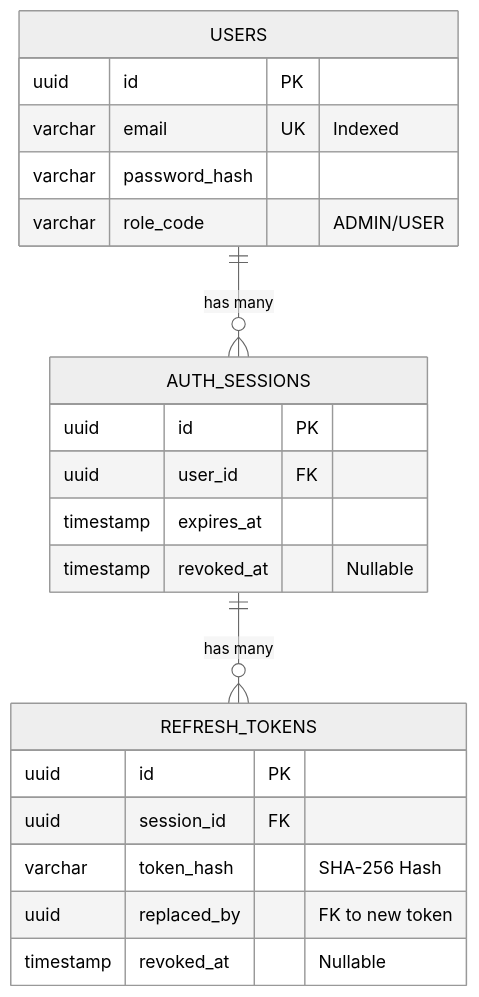
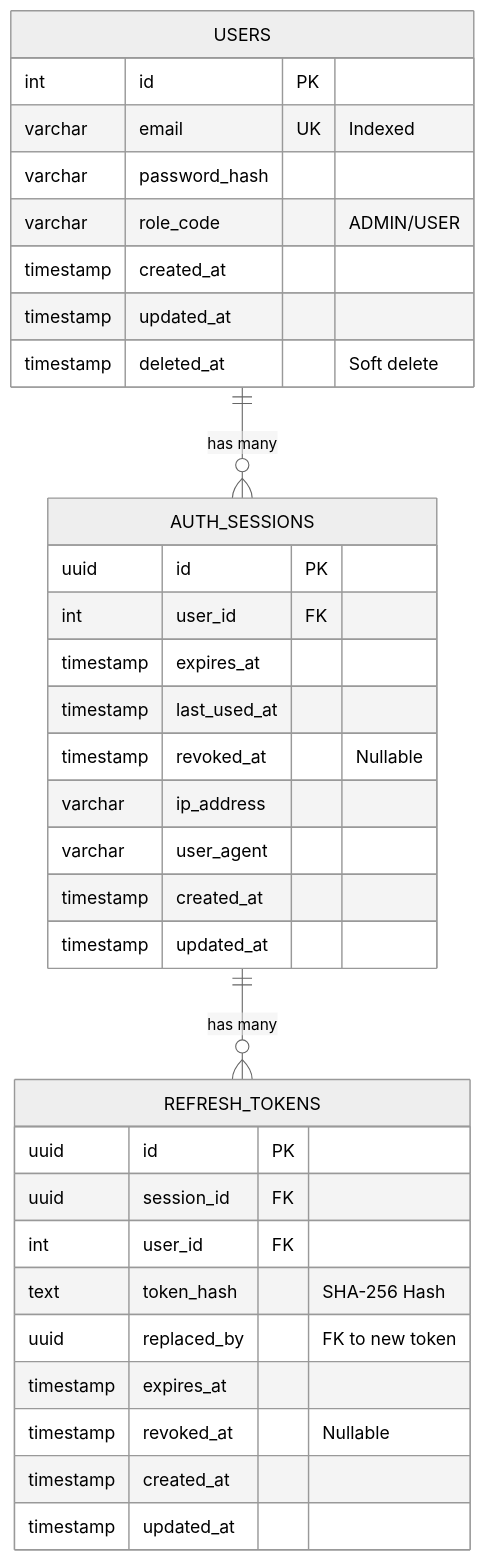
Before and after one commit to dinhdat07/server-management-service: the first of 3 diagrams in docs/ARCHITECTURE.md, drawn with Mermaid (neutral theme). The commit also changed other lines of this file and 8 other files, not shown here.

Commit message:
docs: update C4 model diagram, and architecture docs, add user manual doc

````diff
--- a/docs/ARCHITECTURE.md
+++ b/docs/ARCHITECTURE.md
@@ -101,27 +102,39 @@
 ```mermaid
 erDiagram
     USERS ||--o{ AUTH_SESSIONS : "has many"
     AUTH_SESSIONS ||--o{ REFRESH_TOKENS : "has many"
 
     USERS {
-        uuid id PK
+        int id PK
         varchar email UK "Indexed"
         varchar password_hash
         varchar role_code "ADMIN/USER"
+        timestamp created_at
+        timestamp updated_at
+        timestamp deleted_at "Soft delete"
     }
     
     AUTH_SESSIONS {
         uuid id PK
-        uuid user_id FK
+        int user_id FK
         timestamp expires_at
+        timestamp last_used_at
         timestamp revoked_at "Nullable"
+        varchar ip_address
+        varchar user_agent
+        timestamp created_at
+        timestamp updated_at
     }
 
     REFRESH_TOKENS {
         uuid id PK
         uuid session_id FK
-        varchar token_hash "SHA-256 Hash"
+        int user_id FK
+        text token_hash "SHA-256 Hash"
         uuid replaced_by "FK to new token"
+        timestamp expires_at
         timestamp revoked_at "Nullable"
+        timestamp created_at
+        timestamp updated_at
     }
 ```
````
